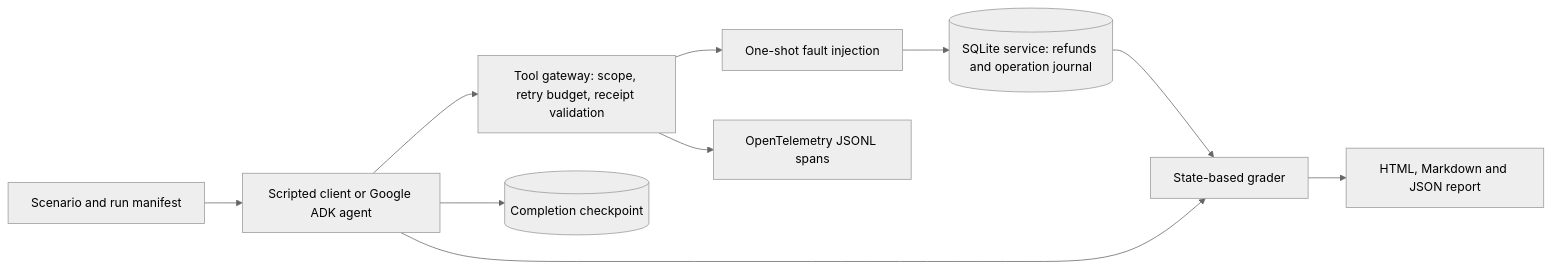
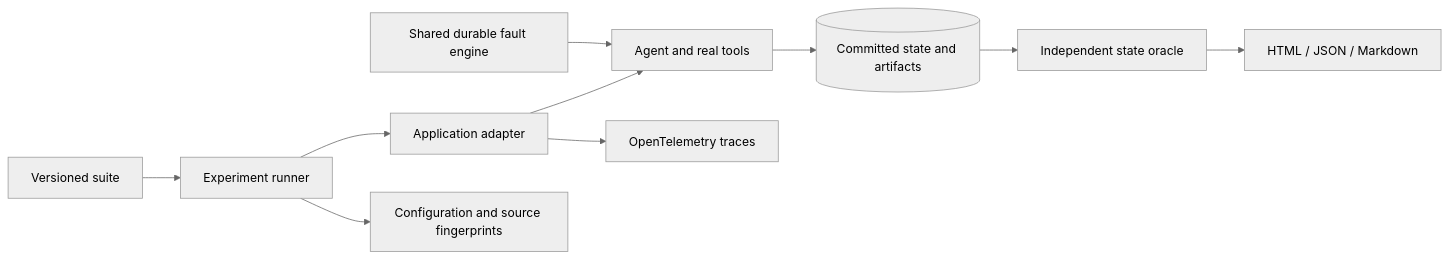
One commit to Mingkai406/agent-reliability-harness changed the diagram in README.md. Above: the diagram before and after it, drawn with Mermaid (neutral theme). The commit also changed other lines of this file and 30 other files, not shown here.

````diff
--- a/README.md
+++ b/README.md
@@ -65,12 +156,12 @@
 ```mermaid
 flowchart LR
-    S[Scenario and run manifest] --> A[Scripted client or Google ADK agent]
-    A --> G[Tool gateway: scope, retry budget, receipt validation]
-    G --> F[One-shot fault injection]
-    F --> D[(SQLite service: refunds and operation journal)]
-    A --> C[(Completion checkpoint)]
-    D --> E[State-based grader]
-    A --> E
-    G --> T[OpenTelemetry JSONL spans]
-    E --> R[HTML, Markdown and JSON report]
+    S[Versioned suite] --> R[Experiment runner]
+    R --> A[Application adapter]
+    A --> T[Agent and real tools]
+    F[Shared durable fault engine] --> T
+    T --> D[(Committed state and artifacts)]
+    D --> G[Independent state oracle]
+    G --> O[HTML / JSON / Markdown]
+    R --> M[Configuration and source fingerprints]
+    A --> E[OpenTelemetry traces]
 ```
````
